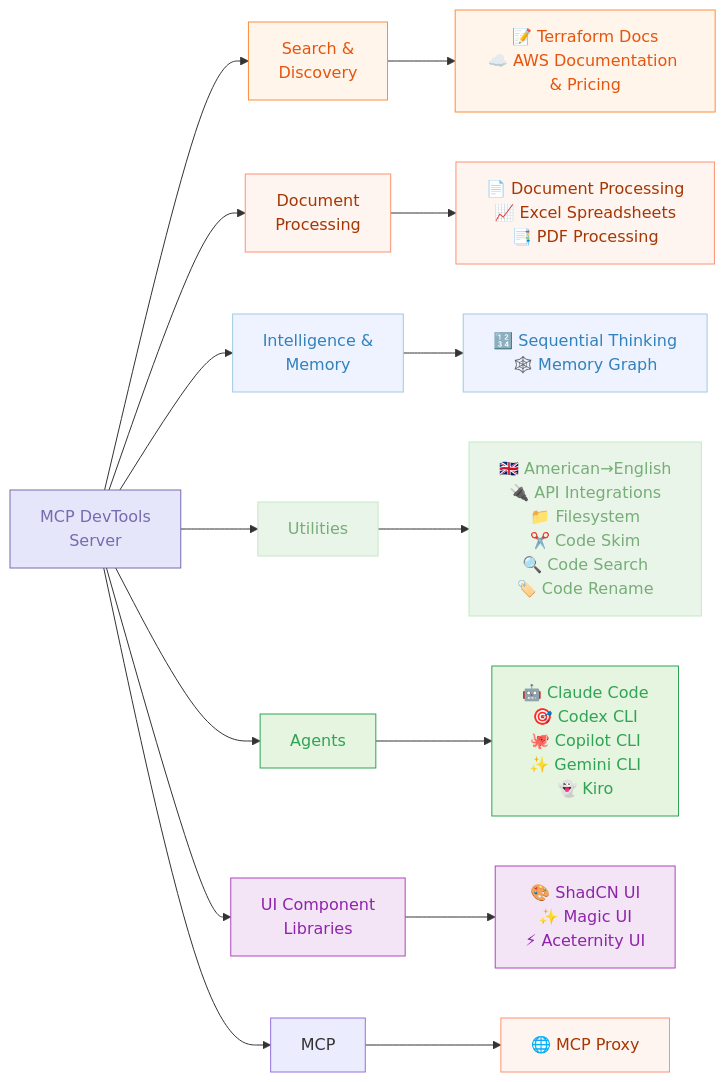
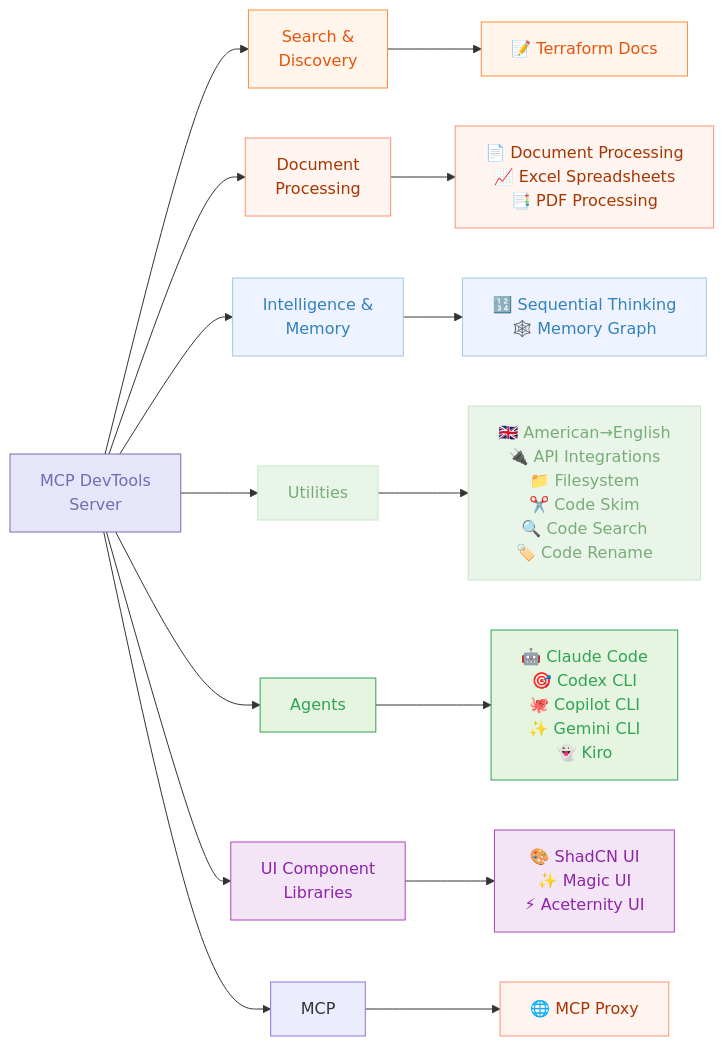
One commit to sammcj/mcp-devtools changed the second of 2 diagrams in README.md. Above: the diagram before and after it, drawn with Mermaid. The commit also changed other lines of this file and 25 other files, not shown here.

Commit message:
feat!: remove aws_documentation tool, adopt pkg.go.dev API (#307)

````diff
--- a/README.md
+++ b/README.md
@@ -34,43 +34,43 @@
 ```mermaid
 graph LR
     A[MCP DevTools<br>Server]
 
     A --> B[Search &<br>Discovery]
     A --> C[Document<br>Processing]
     A --> E[Intelligence &<br>Memory]
     A --> F[Utilities]
     A --> G[Agents]
     A --> D[UI Component<br>Libraries]
     A --> H[MCP]
 
-    B --> B_Tools[📝 Terraform Docs<br>☁️ AWS Documentation & Pricing]
+    B --> B_Tools[📝 Terraform Docs]
 
     C --> C_Tools[📄 Document Processing<br>📈 Excel Spreadsheets<br>📑 PDF Processing]
 
     E --> E_Tools[🔢 Sequential Thinking<br>🕸️ Memory Graph]
 
     F --> F_Tools[🇬🇧 American→English<br>🔌 API Integrations<br>📁 Filesystem<br>✂️ Code Skim<br>🔍 Code Search<br>🏷️ Code Rename]
 
     G --> G_Tools[🤖 Claude Code<br>🎯 Codex CLI<br>🐙 Copilot CLI<br>✨ Gemini CLI<br>👻 Kiro]
 
     D --> D_Tools[🎨 ShadCN UI<br>✨ Magic UI<br>⚡ Aceternity UI]
 
     H --> H_Proxy[🌐 MCP Proxy]
 
     classDef components fill:#E6E6FA,stroke:#756BB1,color:#756BB1
     classDef llm fill:#E5F5E0,stroke:#31A354,color:#31A354
     classDef process fill:#EAF5EA,stroke:#C6E7C6,color:#77AD77
     classDef data fill:#EFF3FF,stroke:#9ECAE1,color:#3182BD
     classDef decision fill:#FFF5EB,stroke:#FD8D3C,color:#E6550D
     classDef api fill:#FFF5F0,stroke:#FD9272,color:#A63603
     classDef ui fill:#F3E5F5,stroke:#AB47BC,color:#8E24AA
 
     class A components
     class B,B_Tools decision
     class C,C_Tools api
     class D,D_Tools ui
     class E,E_Tools data
     class F,F_Tools process
     class G,G_Tools llm
     class H_Proxy api
 ```
````
